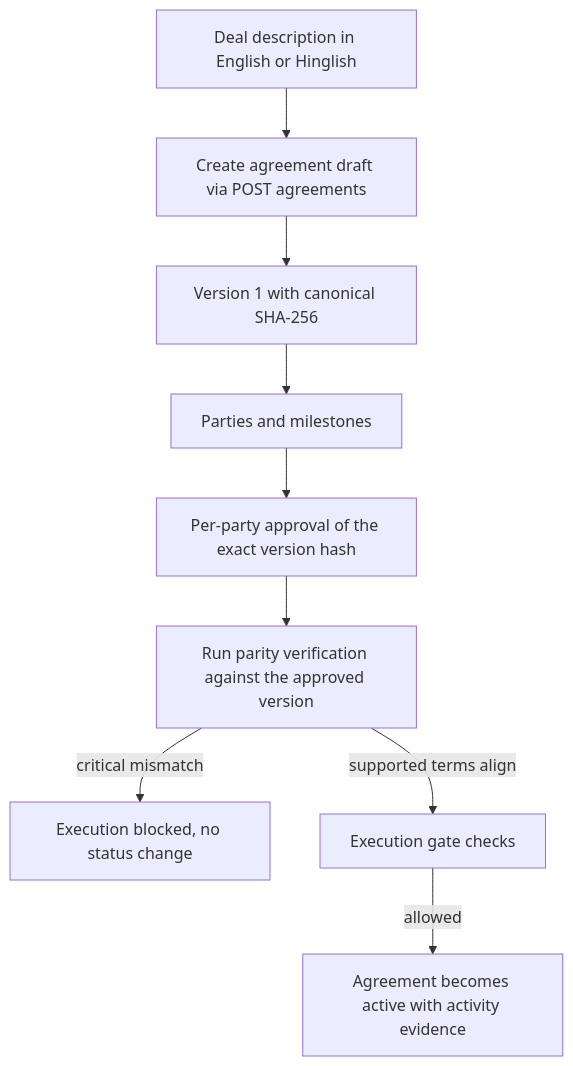
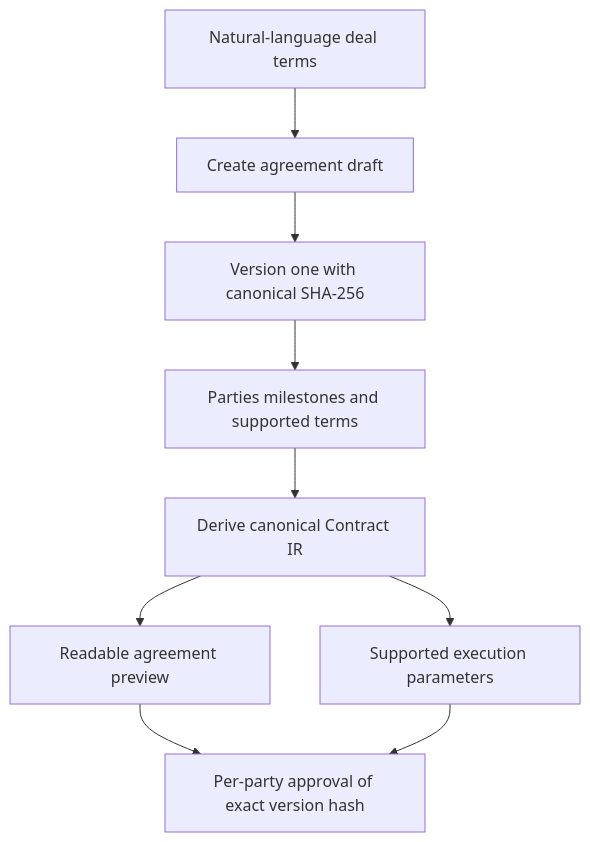
Before and after one commit to the-nidhi-bhat/LEXORA-LegalX: the second of 4 diagrams in README.md, drawn with Mermaid. The commit also changed other lines of this file and 40 other files, not shown here.

````diff
--- a/README.md
+++ b/README.md
@@ -105,11 +124,11 @@
 ```mermaid
 flowchart TD
-    D[Deal description in English or Hinglish] --> A[Create agreement draft via POST agreements]
-    A --> V[Version 1 with canonical SHA-256]
-    V --> P[Parties and milestones]
-    P --> AP[Per-party approval of the exact version hash]
-    AP --> VER[Run parity verification against the approved version]
-    VER -->|critical mismatch| B[Execution blocked, no status change]
-    VER -->|supported terms align| E[Execution gate checks]
-    E -->|allowed| X[Agreement becomes active with activity evidence]
+    A["Natural-language deal terms"] --> B["Create agreement draft"]
+    B --> C["Version one with canonical SHA-256"]
+    C --> D["Parties milestones and supported terms"]
+    D --> E["Derive canonical Contract IR"]
+    E --> F["Readable agreement preview"]
+    E --> G["Supported execution parameters"]
+    F --> H["Per-party approval of exact version hash"]
+    G --> H
 ```
````
